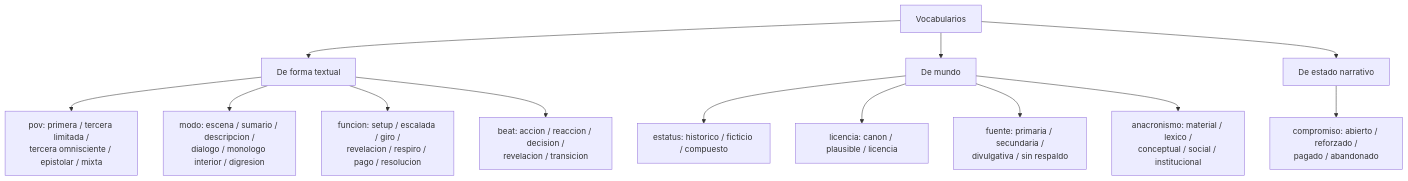
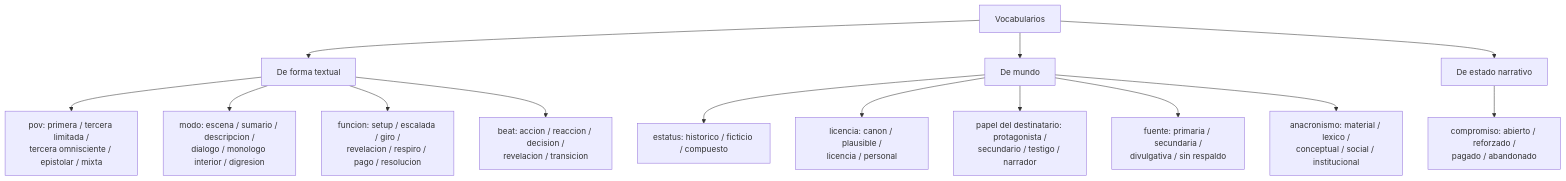
One commit to alvarofernandezqaracter/my-story-maker changed the eighth of 8 diagrams in docs/domain-knowledge.md. Above: the diagram before and after it, drawn with Mermaid. The commit also changed other lines of this file and 4 other files, not shown here.

First line of the commit message:
docs: la ontologia admite el mundo personal del destinatario

````diff
--- a/docs/domain-knowledge.md
+++ b/docs/domain-knowledge.md
@@ -171,15 +178,16 @@
 ```mermaid
 flowchart TD
   VOC[Vocabularios] --> FORMA[De forma textual]
   VOC --> MUNDO[De mundo]
   VOC --> NARR[De estado narrativo]
   FORMA --> POV[pov: primera / tercera limitada /<br/>tercera omnisciente / epistolar / mixta]
   FORMA --> MODO[modo: escena / sumario / descripcion /<br/>dialogo / monologo interior / digresion]
   FORMA --> FUN[funcion: setup / escalada / giro /<br/>revelacion / respiro / pago / resolucion]
   FORMA --> BEAT[beat: accion / reaccion / decision /<br/>revelacion / transicion]
   MUNDO --> ONT[estatus: historico / ficticio / compuesto]
-  MUNDO --> LIC[licencia: canon / plausible / licencia]
+  MUNDO --> LIC[licencia: canon / plausible /<br/>licencia / personal]
+  MUNDO --> PAP[papel del destinatario: protagonista /<br/>secundario / testigo / narrador]
   MUNDO --> FTE[fuente: primaria / secundaria /<br/>divulgativa / sin respaldo]
   MUNDO --> ANA[anacronismo: material / lexico /<br/>conceptual / social / institucional]
   NARR --> COM[compromiso: abierto / reforzado /<br/>pagado / abandonado]
 ```
````
